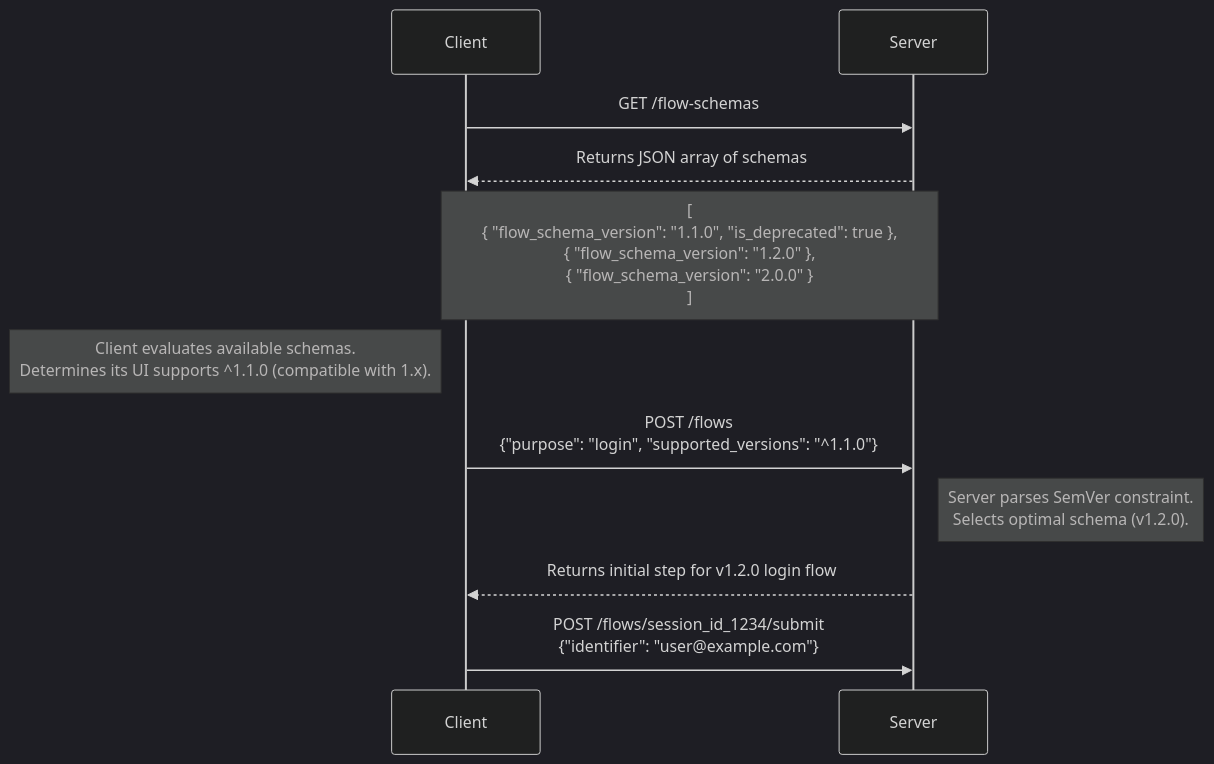
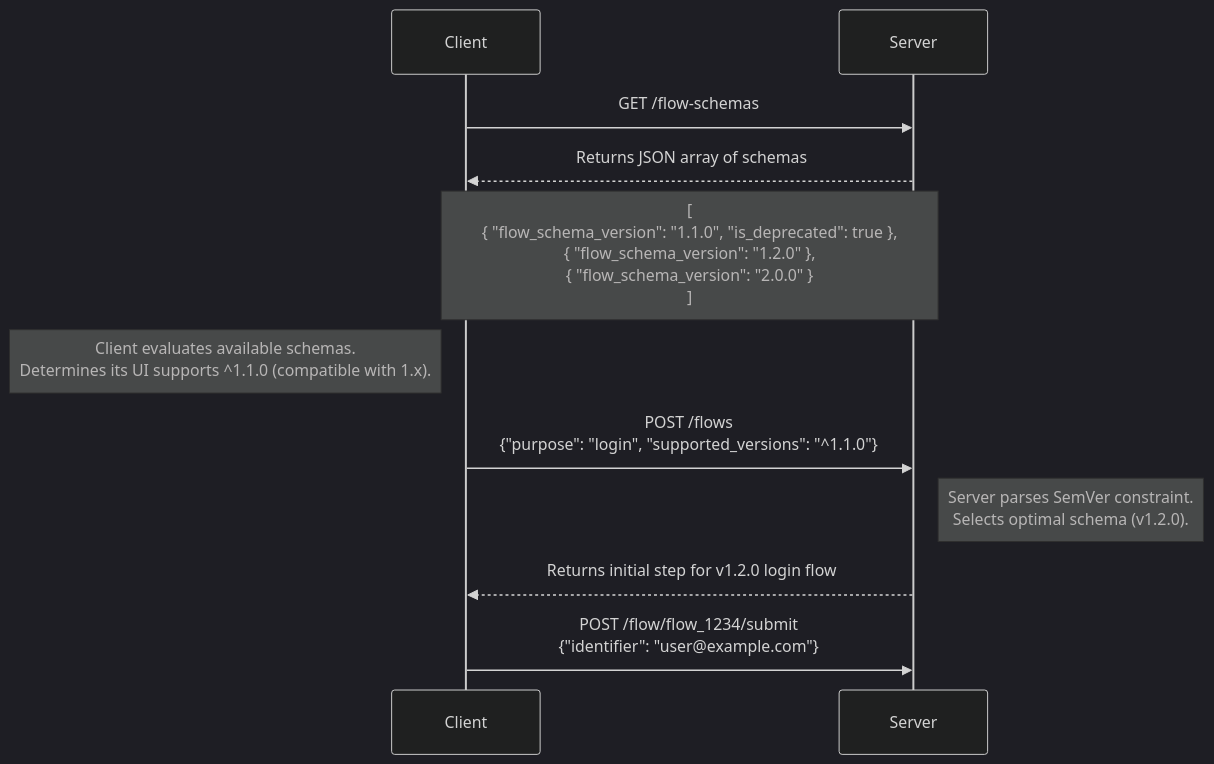
One commit to zitadel/nextgen changed the diagram in docs/design/flowengine/capability-handshake.md. Above: the diagram before and after it, drawn with Mermaid (dark theme). The commit also changed 31 other files, not shown here.

Commit message:
docs: align flow and session design docs with the shipped wire contract

````diff
--- a/docs/design/flowengine/capability-handshake.md
+++ b/docs/design/flowengine/capability-handshake.md
@@ -11,13 +11,13 @@
 ```mermaid
 sequenceDiagram
 participant Client
 participant Server
     Client->>Server: GET /flow-schemas
     Server-->>Client: Returns JSON array of schemas
     Note over Client, Server: [<br/>  { "flow_schema_version": "1.1.0", "is_deprecated": true },<br/>  { "flow_schema_version": "1.2.0" },<br/>  { "flow_schema_version": "2.0.0" }<br/>]
     Note left of Client: Client evaluates available schemas.<br/>Determines its UI supports ^1.1.0 (compatible with 1.x).
     Client->>Server: POST /flows<br/>{"purpose": "login", "supported_versions": "^1.1.0"}
     Note right of Server: Server parses SemVer constraint.<br/>Selects optimal schema (v1.2.0).
     Server-->>Client: Returns initial step for v1.2.0 login flow
-    Client->>Server: POST /flows/session_id_1234/submit<br/>{"identifier": "user@example.com"}
+    Client->>Server: POST /flow/flow_1234/submit<br/>{"identifier": "user@example.com"}
 ```
````
